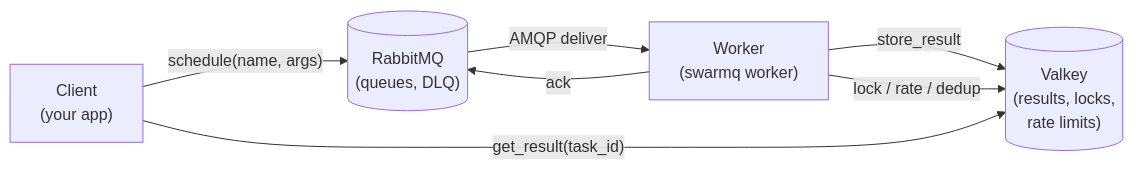
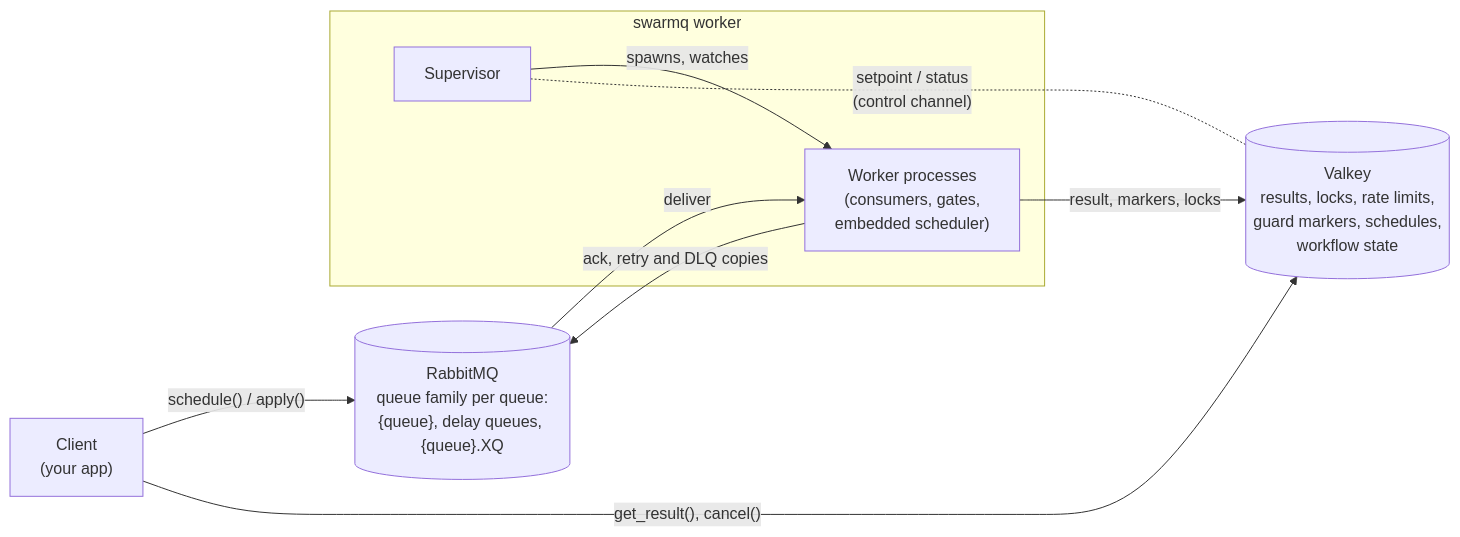
One commit to Schorschofwill/swarmq changed the first of 5 diagrams in website/explanation/architecture.md. Above: the diagram before and after it, drawn with Mermaid. The commit also changed other lines of this file and 84 other files, not shown here.

````diff
--- a/website/explanation/architecture.md
+++ b/website/explanation/architecture.md
@@ -11,14 +13,18 @@
 ```mermaid
 flowchart LR
     Client["Client<br/>(your app)"]
-    Broker[("RabbitMQ<br/>(queues, DLQ)")]
-    Worker["Worker<br/>(swarmq worker)"]
-    Backend[("Valkey<br/>(results, locks,<br/>rate limits)")]
+    Broker[("RabbitMQ<br/>queue family per queue:<br/>{queue}, delay queues, {queue}.XQ")]
+    subgraph Host["swarmq worker"]
+        Supervisor["Supervisor"]
+        Worker["Worker processes<br/>(consumers, gates,<br/>embedded scheduler)"]
+        Supervisor -- spawns, watches --> Worker
+    end
+    Backend[("Valkey<br/>results, locks, rate limits,<br/>guard markers, schedules,<br/>workflow state")]
 
-    Client -- schedule(name, args) --> Broker
-    Broker -- AMQP deliver --> Worker
-    Worker -- ack --> Broker
-    Worker -- store_result --> Backend
-    Client -- get_result(task_id) --> Backend
-    Worker -- lock / rate / dedup --> Backend
+    Client -- "schedule() / apply()" --> Broker
+    Broker -- deliver --> Worker
+    Worker -- "ack, retry and DLQ copies" --> Broker
+    Worker -- "result, markers, locks" --> Backend
+    Client -- "get_result(), cancel()" --> Backend
+    Supervisor -. "setpoint / status<br/>(control channel)" .- Backend
 ```
````
